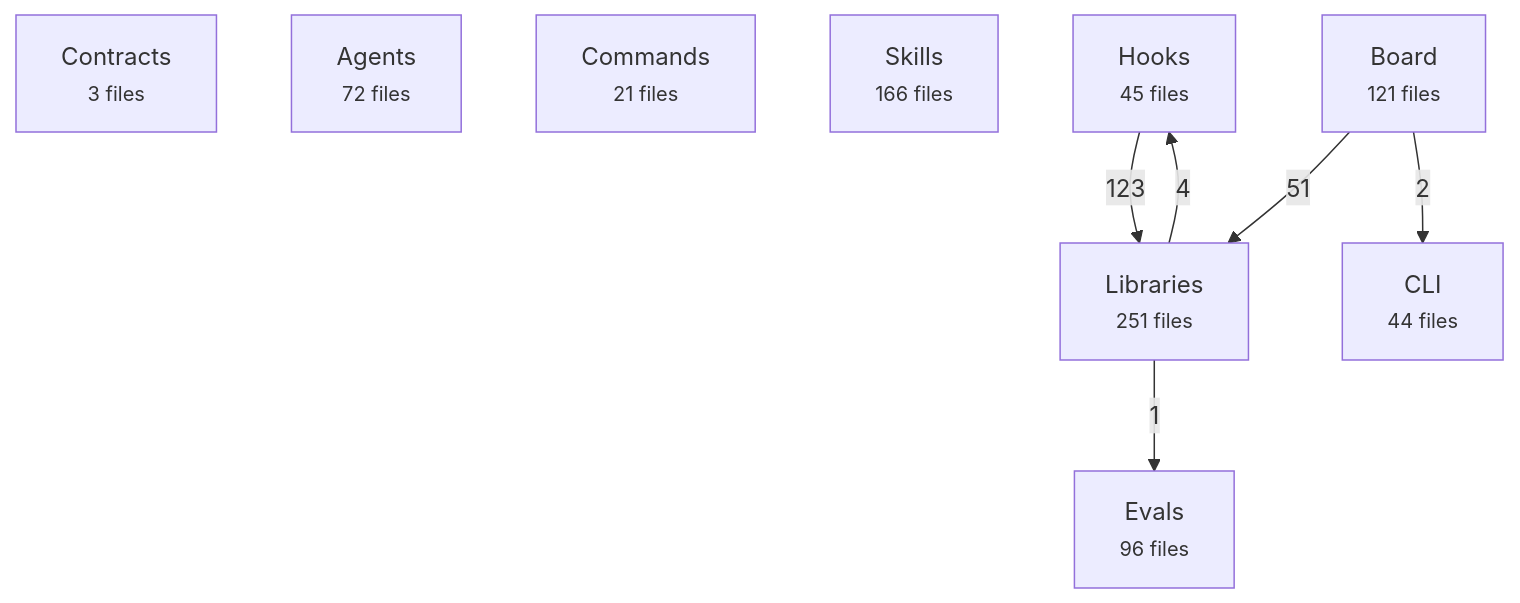
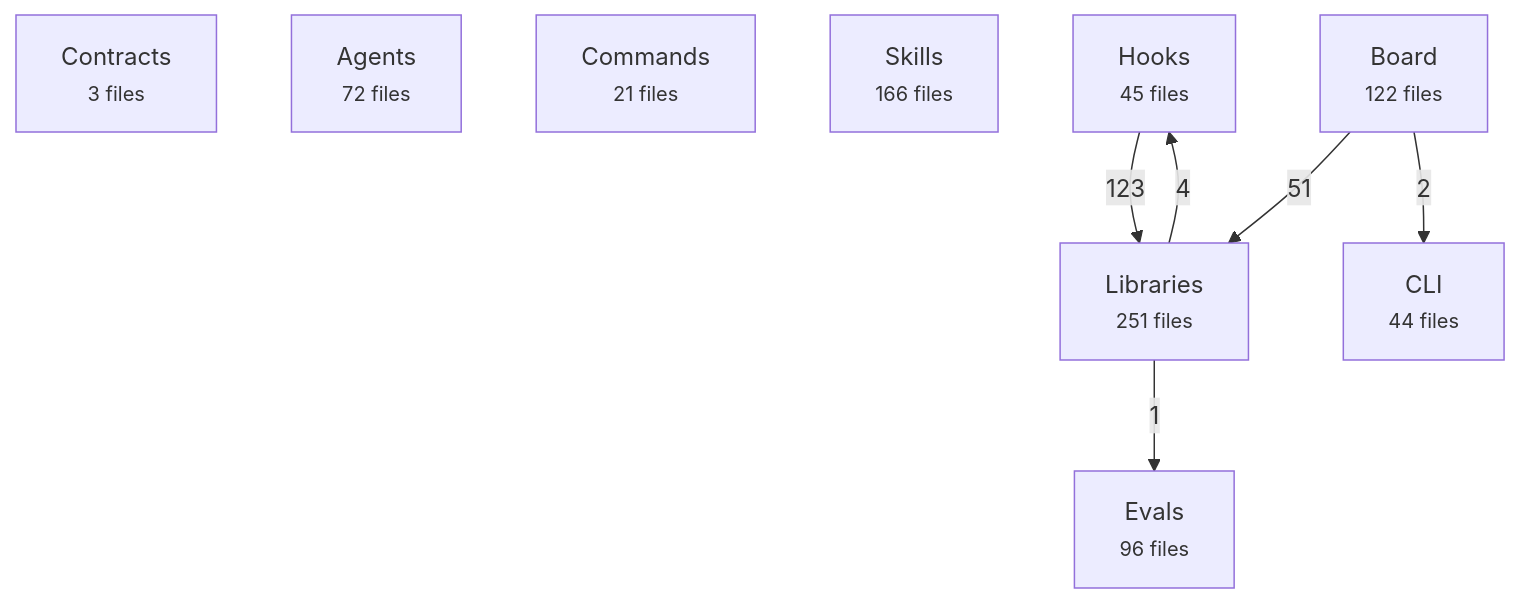
Before and after one commit to avelikiy/great_cto: the first of 2 diagrams in docs/reference/architecture-map.md, drawn with Mermaid. The commit also changed other lines of this file and 2 other files, not shown here.

Commit message:
test(board): route inventory ratchet: every /api route is tested or named as debt (19 of 57 today)

````diff
--- a/docs/reference/architecture-map.md
+++ b/docs/reference/architecture-map.md
@@ -20,17 +20,17 @@
 ```mermaid
 flowchart TD
   contracts["Contracts<br/><small>3 files</small>"]
   agents["Agents<br/><small>72 files</small>"]
   commands["Commands<br/><small>21 files</small>"]
   skills["Skills<br/><small>166 files</small>"]
   hooks["Hooks<br/><small>45 files</small>"]
   libs["Libraries<br/><small>251 files</small>"]
-  board["Board<br/><small>121 files</small>"]
+  board["Board<br/><small>122 files</small>"]
   cli["CLI<br/><small>44 files</small>"]
   evals["Evals<br/><small>96 files</small>"]
   hooks -->|123| libs
   board -->|51| libs
   libs -->|4| hooks
   board -->|2| cli
   libs -->|1| evals
 ```
````
